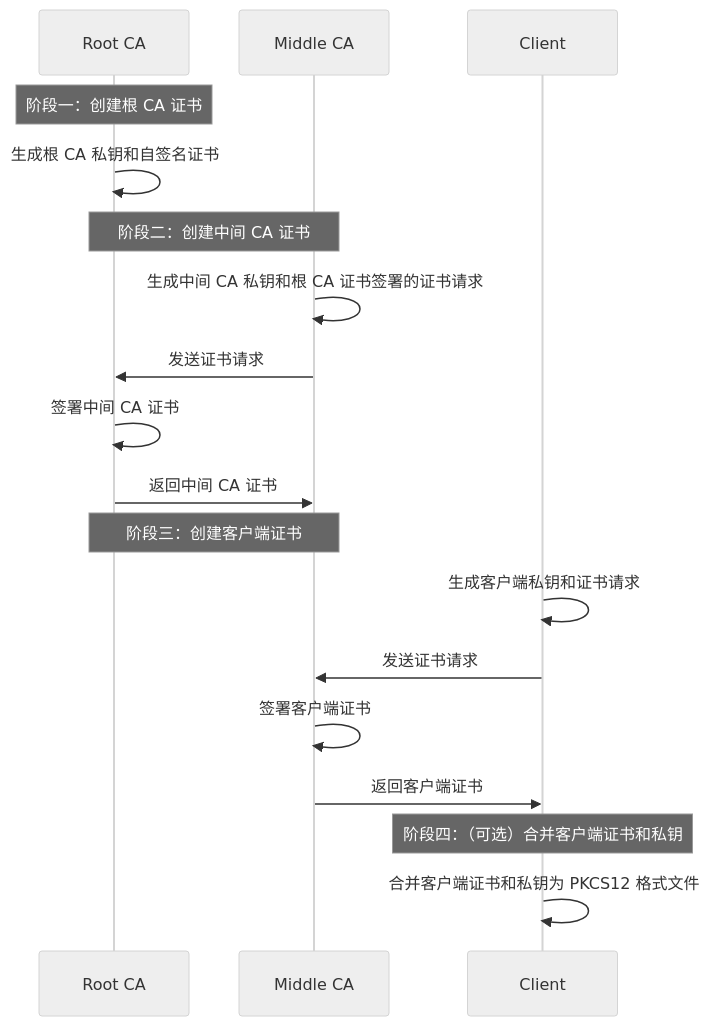
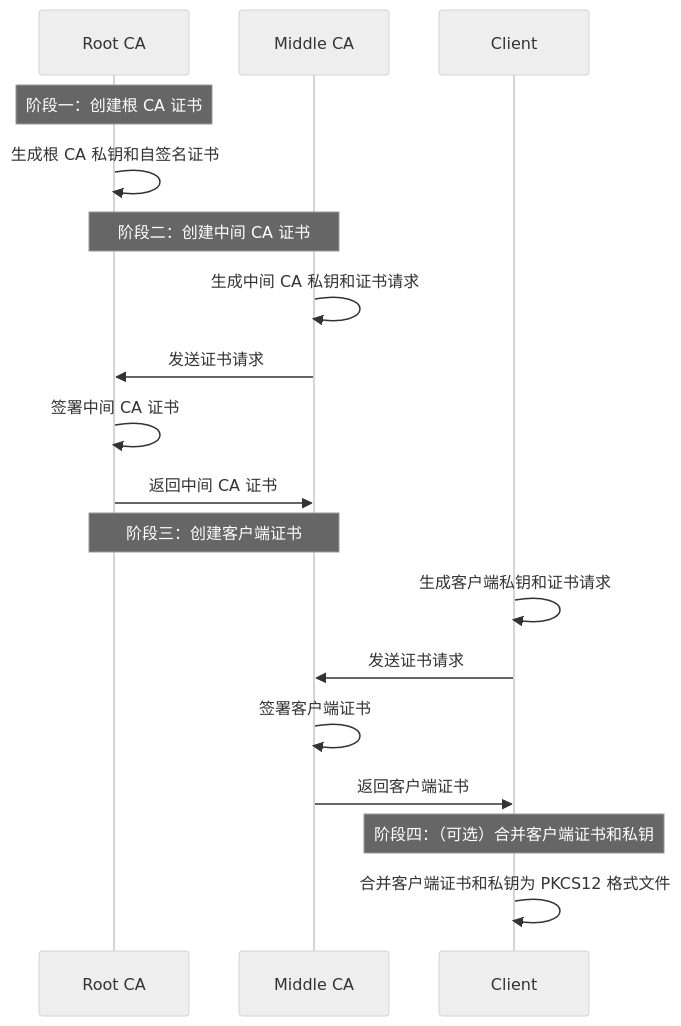
One commit to ppq1024/blog.yuime.moe changed the diagram in content/posts/private-ca-mtls/index.md. Above: the diagram before and after it, drawn with Mermaid (neutral theme). The commit also changed other lines of this file, not shown here.

````diff
--- a/content/posts/private-ca-mtls/index.md
+++ b/content/posts/private-ca-mtls/index.md
@@ -100,26 +100,24 @@
 ```mermaid
 sequenceDiagram
     participant R as Root CA
     participant M as Middle CA
     participant C as Client
 
-
-
     Note over R: 阶段一：创建根 CA 证书
     R->>R: 生成根 CA 私钥和自签名证书
 
     Note over R, M: 阶段二：创建中间 CA 证书
-    M->>M: 生成中间 CA 私钥和根 CA 证书签署的证书请求
+    M->>M: 生成中间 CA 私钥和证书请求
     M->>R: 发送证书请求
     R->>R: 签署中间 CA 证书
     R->>M: 返回中间 CA 证书
 
     Note over R, M: 阶段三：创建客户端证书
     C->>C: 生成客户端私钥和证书请求
     C->>M: 发送证书请求
     M->>M: 签署客户端证书
     M->>C: 返回客户端证书
 
     Note over C: 阶段四：（可选）合并客户端证书和私钥
     C->>C: 合并客户端证书和私钥为 PKCS12 格式文件
 ```
````
